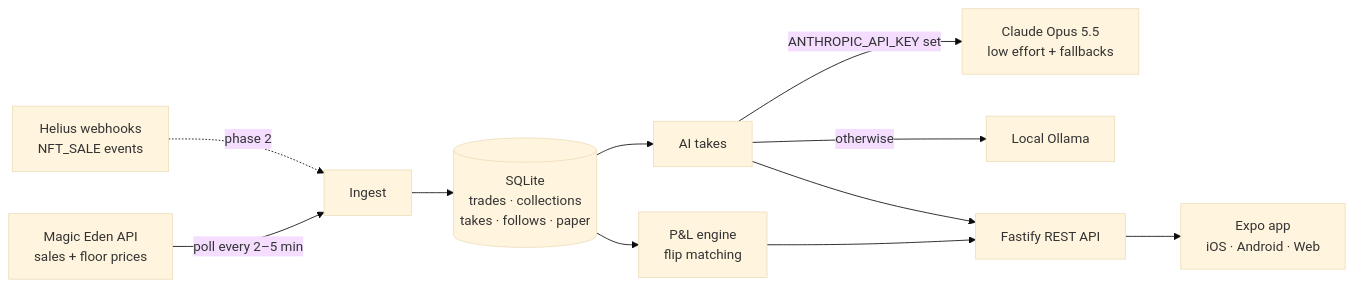
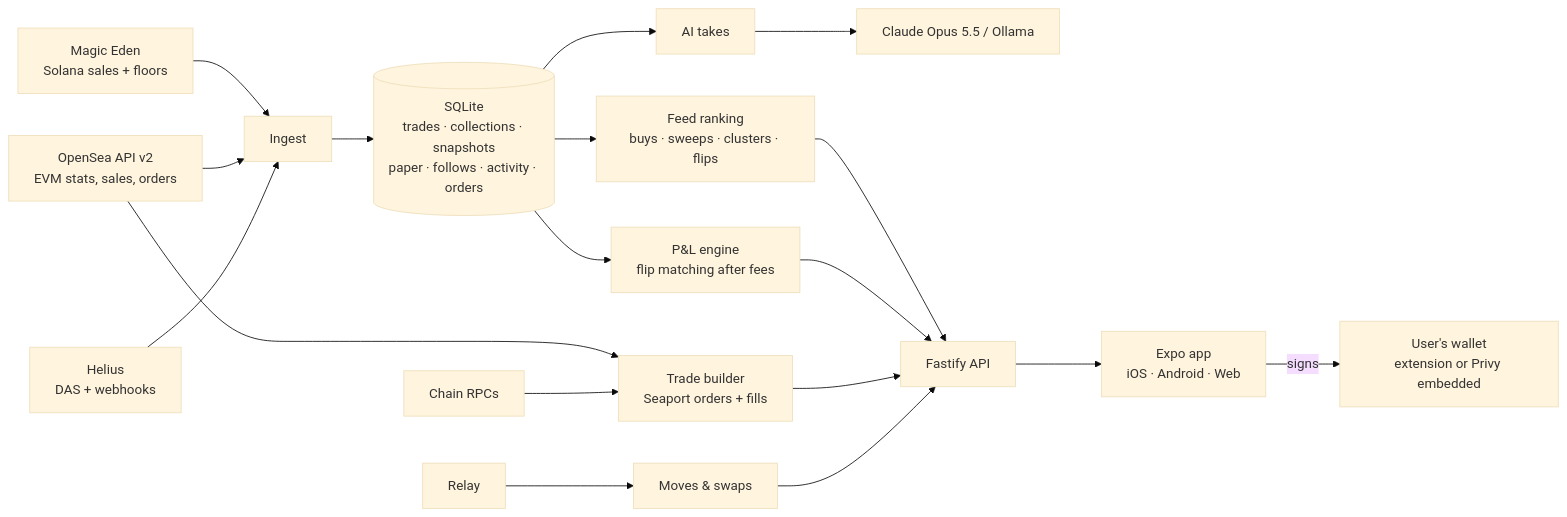
The diagram in README.md (mcooper7649/floorfeed), drawn with Mermaid (base theme) before and after one commit. The commit also changed other lines of this file and 11 other files, not shown here.

First line of the commit message:
README: rewrite for what FloorFeed is now; new screenshots

````diff
--- a/README.md
+++ b/README.md
@@ -71,13 +86,17 @@
 ```mermaid
 flowchart LR
-  ME[Magic Eden API<br/>sales + floor prices] -->|poll every 2–5 min| ING[Ingest]
-  HEL[Helius webhooks<br/>NFT_SALE events] -.->|phase 2| ING
-  ING --> DB[(SQLite<br/>trades · collections<br/>takes · follows · paper)]
-  DB --> PNL[P&L engine<br/>flip matching]
+  ME[Magic Eden<br/>Solana sales + floors] --> ING[Ingest]
+  OS[OpenSea API v2<br/>EVM stats, sales, orders] --> ING
+  HEL[Helius<br/>DAS + webhooks] --> ING
+  ING --> DB[(SQLite<br/>trades · collections · snapshots<br/>paper · follows · activity · orders)]
+  DB --> FEED[Feed ranking<br/>buys · sweeps · clusters · flips]
+  DB --> PNL[P&L engine<br/>flip matching after fees]
   DB --> AI[AI takes]
-  AI -->|ANTHROPIC_API_KEY set| CL[Claude Opus 5.5<br/>low effort + fallbacks]
-  AI -->|otherwise| OL[Local Ollama]
-  PNL --> API[Fastify REST API]
-  AI --> API
+  AI --> CL[Claude Opus 5.5 / Ollama]
+  OS --> TRADE[Trade builder<br/>Seaport orders + fills]
+  RPC[Chain RPCs] --> TRADE
+  RELAY[Relay] --> BRIDGE[Moves & swaps]
+  FEED & PNL & TRADE & BRIDGE --> API[Fastify API]
   API --> APP[Expo app<br/>iOS · Android · Web]
+  APP -->|signs| WAL[User's wallet<br/>extension or Privy embedded]
 ```
````
